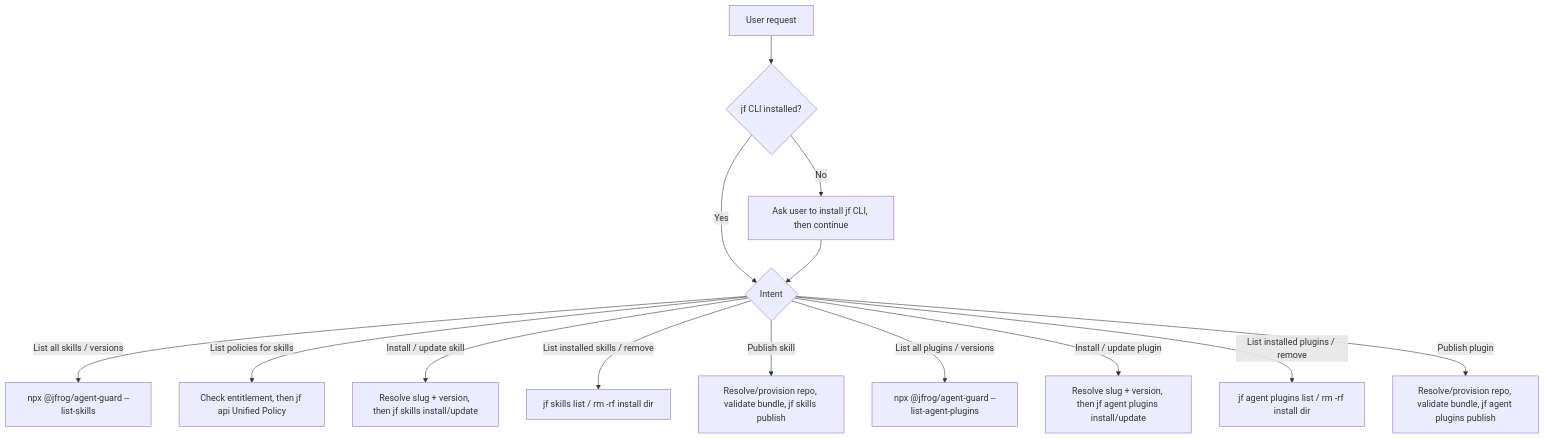
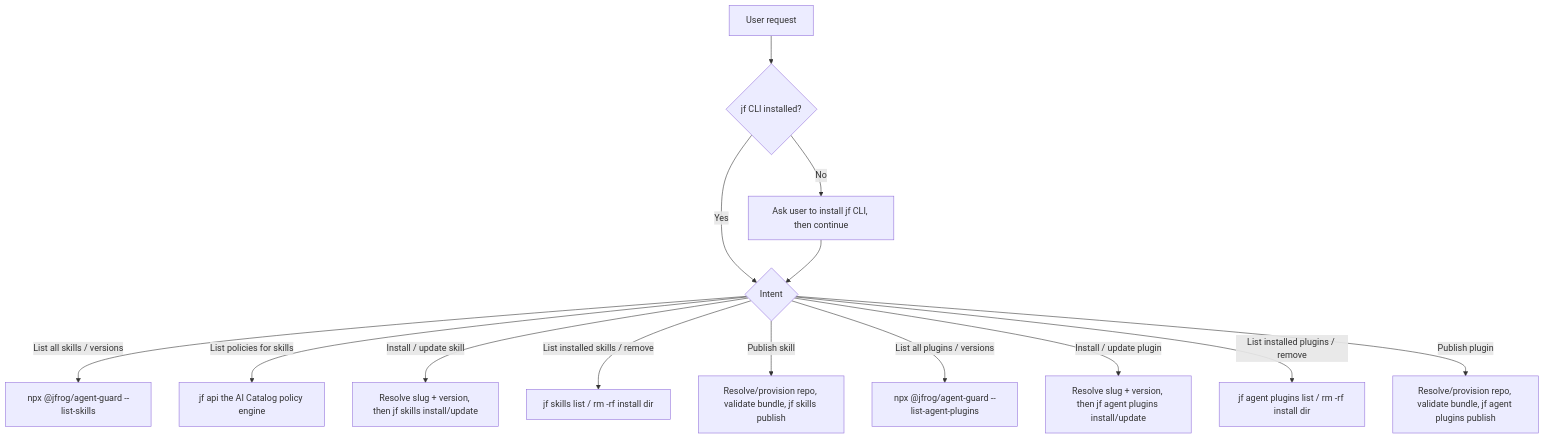
One commit to jfrog/jfrog-skills changed the diagram in skills/jfrog-ai-catalog/SKILL.md. Above: the diagram before and after it, drawn with Mermaid. The commit also changed 1 other file, not shown here.

Commit message:
MLAI-1315 - Drop the entitlement preflight, report failures cleanly
The --should-inject entitlement check doesn't reliably reflect whether
this specific capability is available in most cases, so pre-checking
it does more harm than good. Remove the preflight entirely: just call
the AI Catalog policy engine, and if that call itself fails (including
a failure caused by missing entitlement), report it cleanly - one line
naming the failure, the CLI error stripped of its Trace ID - rather
than pre-guessing the reason.

````diff
--- a/skills/jfrog-ai-catalog/SKILL.md
+++ b/skills/jfrog-ai-catalog/SKILL.md
@@ -95,16 +95,16 @@
 ```mermaid
 flowchart TD
     A[User request] --> B{jf CLI installed?}
     B -->|No| C[Ask user to install jf CLI, then continue]
     B -->|Yes| D{Intent}
     C --> D
     D -->|List all skills / versions| E[npx @jfrog/agent-guard --list-skills]
-    D -->|List policies for skills| M[Check entitlement, then jf api Unified Policy]
+    D -->|List policies for skills| M[jf api the AI Catalog policy engine]
     D -->|Install / update skill| F[Resolve slug + version, then jf skills install/update]
     D -->|List installed skills / remove| G[jf skills list / rm -rf install dir]
     D -->|Publish skill| H[Resolve/provision repo, validate bundle, jf skills publish]
     D -->|List all plugins / versions| I[npx @jfrog/agent-guard --list-agent-plugins]
     D -->|Install / update plugin| J[Resolve slug + version, then jf agent plugins install/update]
     D -->|List installed plugins / remove| K[jf agent plugins list / rm -rf install dir]
     D -->|Publish plugin| L[Resolve/provision repo, validate bundle, jf agent plugins publish]
 ```
````
